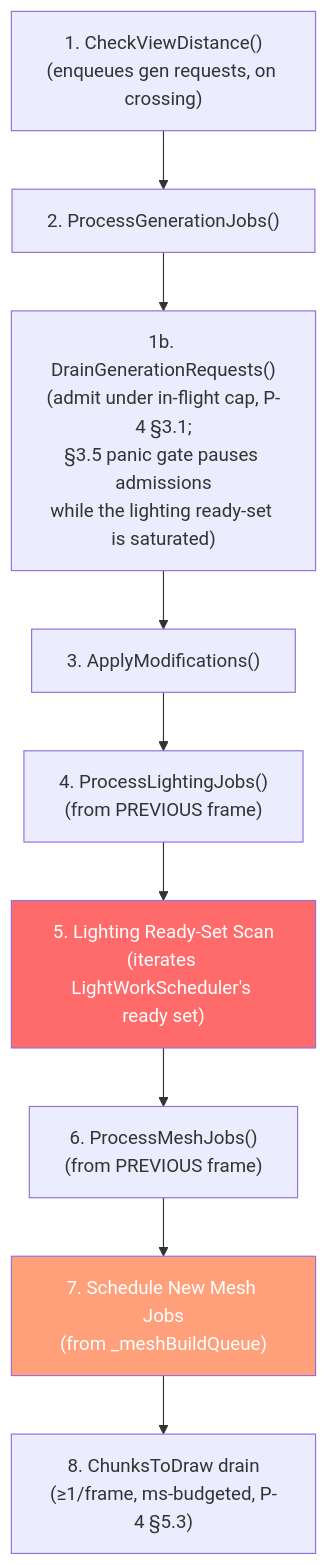
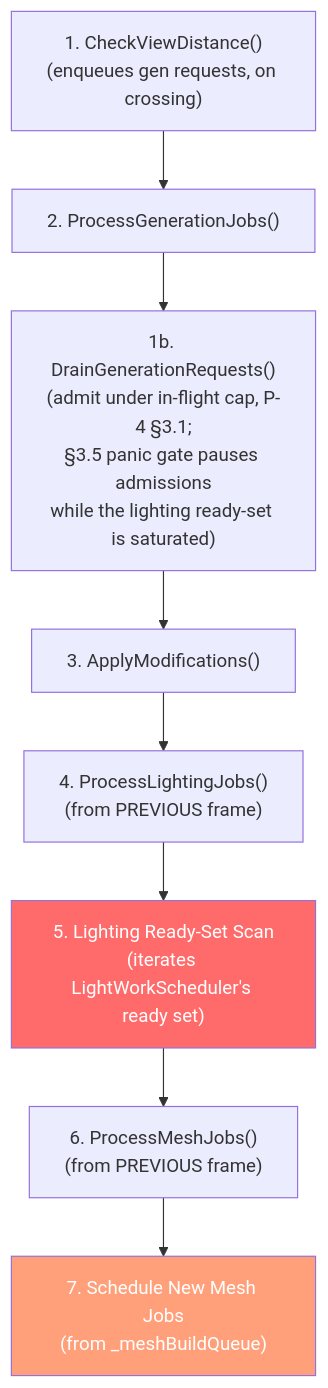
Before and after one commit to A-Van-Gestel/Unity-Minecraft_Clone: the second of 8 diagrams in Documentation/Architecture/CHUNK_LIFECYCLE_PIPELINE.md, drawn with Mermaid. The commit also changed other lines of this file and 21 other files, not shown here.

````diff
--- a/Documentation/Architecture/CHUNK_LIFECYCLE_PIPELINE.md
+++ b/Documentation/Architecture/CHUNK_LIFECYCLE_PIPELINE.md
@@ -133,13 +135,12 @@
 ```mermaid
 flowchart TD
     A["1. CheckViewDistance()<br/>(enqueues gen requests, on crossing)"] --> B["2. ProcessGenerationJobs()"]
     B --> B1b["1b. DrainGenerationRequests()<br/>(admit under in-flight cap, P-4 §3.1;<br/>§3.5 panic gate pauses admissions<br/>while the lighting ready-set is saturated)"]
     B1b --> C["3. ApplyModifications()"]
     C --> D["4. ProcessLightingJobs()<br/>(from PREVIOUS frame)"]
     D --> E["5. Lighting Ready-Set Scan<br/>(iterates LightWorkScheduler's ready set)"]
     E --> F["6. ProcessMeshJobs()<br/>(from PREVIOUS frame)"]
     F --> G["7. Schedule New Mesh Jobs<br/>(from _meshBuildQueue)"]
-    G --> H["8. ChunksToDraw drain<br/>(≥1/frame, ms-budgeted, P-4 §5.3)"]
     style E fill: #ff6b6b, color: #fff
     style G fill: #ffa07a, color: #fff
 ```
````
